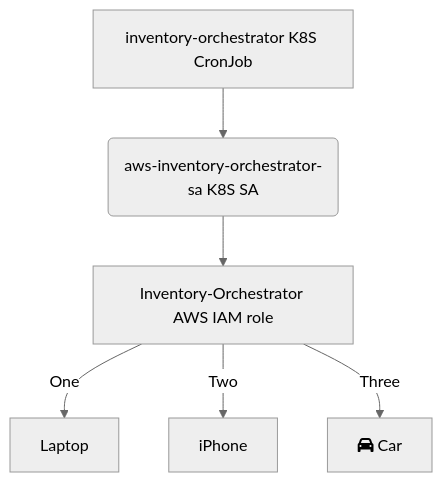
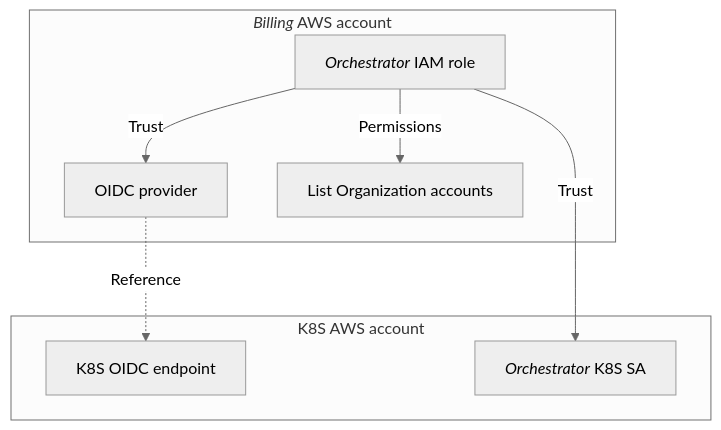
The third of 4 diagrams in README.md (dfds/aws-inventory-orchestrator), drawn with Mermaid (neutral theme) before and after one commit. The commit also changed other lines of this file, not shown here.

Commit message:
Sequence and trust relationship diagrams added (fixes #4)

````diff
--- a/README.md
+++ b/README.md
@@ -93,8 +141,11 @@
 ```mermaid
-graph TD
-    A["inventory-orchestrator" K8S CronJob] --> B("aws-inventory-orchestrator-sa" K8S SA)
-    B --> C["Inventory-Orchestrator" AWS IAM role ]
-    C -->|One| D[Laptop]
-    C -->|Two| E[iPhone]
-    C -->|Three| F[fa:fa-car Car]
+flowchart TD
+    subgraph "<i>Billing</i> AWS account"
+        A[<i>Orchestrator</i> IAM role] -->|Trust| B[OIDC provider]
+        A -->|Permissions| E[List Organization accounts]
+    end
+    subgraph "K8S AWS account"
+        B -. Reference .-> C[K8S OIDC endpoint]
+        A -->|Trust| D[<i>Orchestrator</i> K8S SA]
+    end
 ```
````
